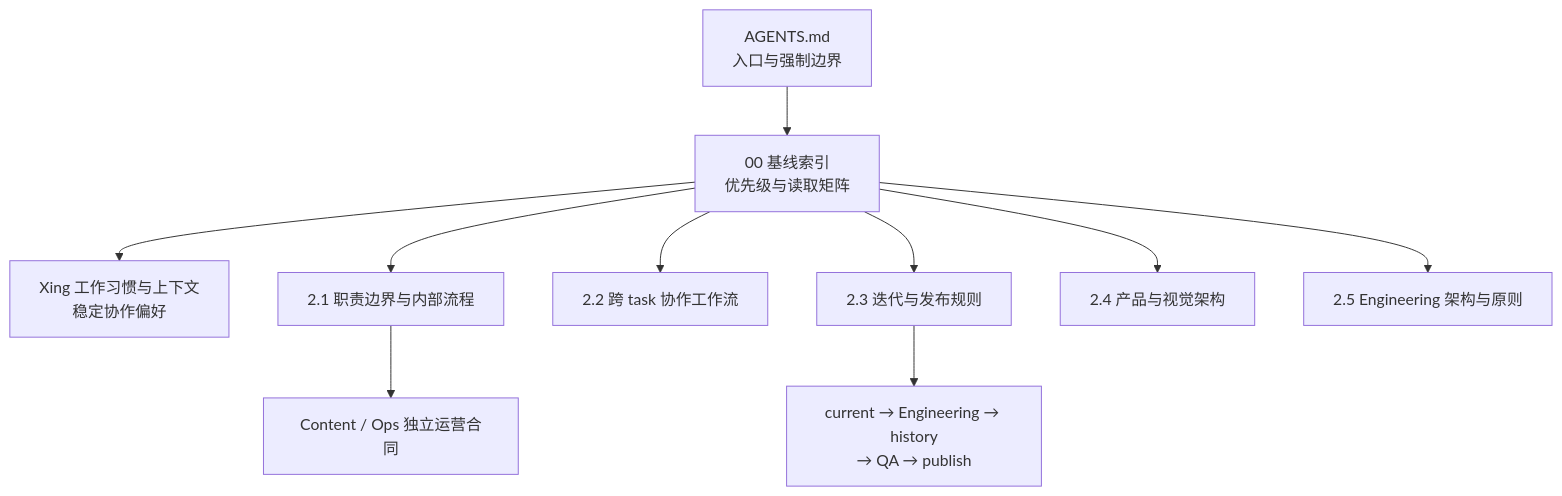
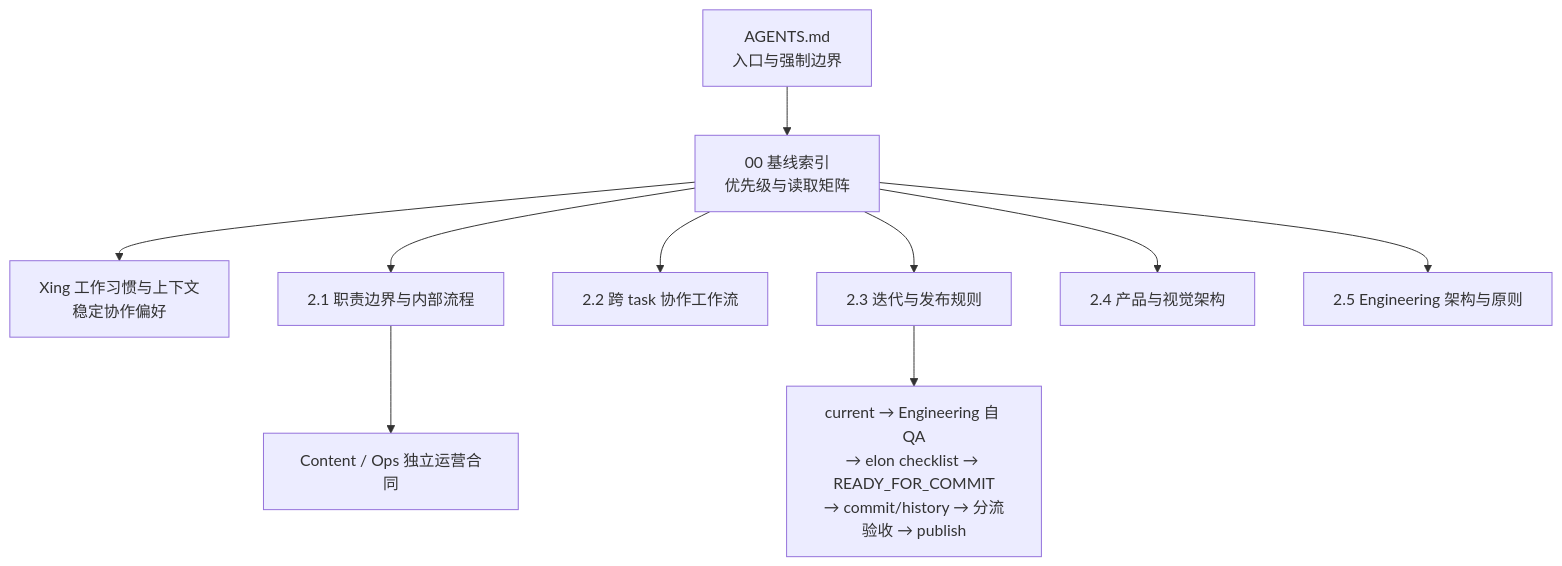
One commit to xingbuild/xingbuild changed the diagram in docs/rules/00-baseline-index.md. Above: the diagram before and after it, drawn with Mermaid. The commit also changed other lines of this file and 22 other files, not shown here.

````diff
--- a/docs/rules/00-baseline-index.md
+++ b/docs/rules/00-baseline-index.md
@@ -9,12 +9,12 @@
 ```mermaid
 flowchart TD
     A["AGENTS.md\n入口与强制边界"] --> B["00 基线索引\n优先级与读取矩阵"]
     B --> C0["Xing 工作习惯与上下文\n稳定协作偏好"]
     B --> C["2.1 职责边界与内部流程"]
     B --> D["2.2 跨 task 协作工作流"]
     B --> E["2.3 迭代与发布规则"]
     B --> F["2.4 产品与视觉架构"]
     B --> G["2.5 Engineering 架构与原则"]
     C --> H["Content / Ops 独立运营合同"]
-    E --> I["current → Engineering → history\n→ QA → publish"]
+    E --> I["current → Engineering 自 QA\n→ elon checklist → READY_FOR_COMMIT\n→ commit/history → 分流验收 → publish"]
 ```
````
